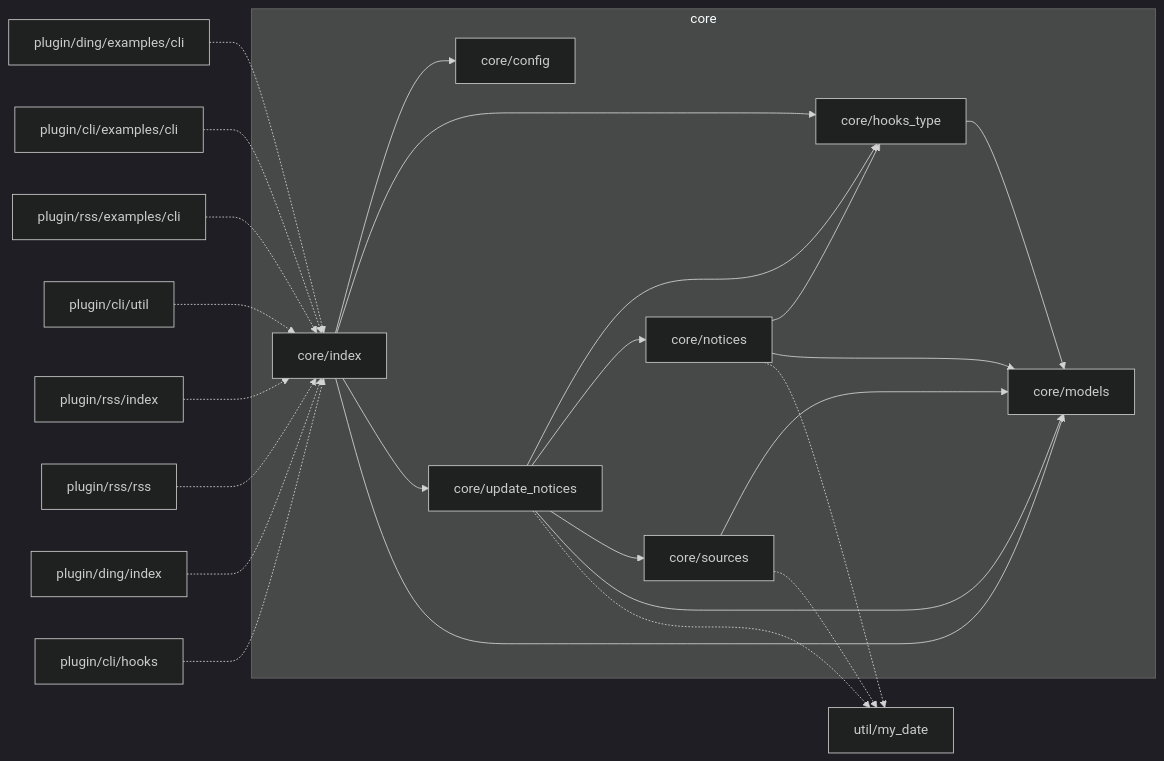
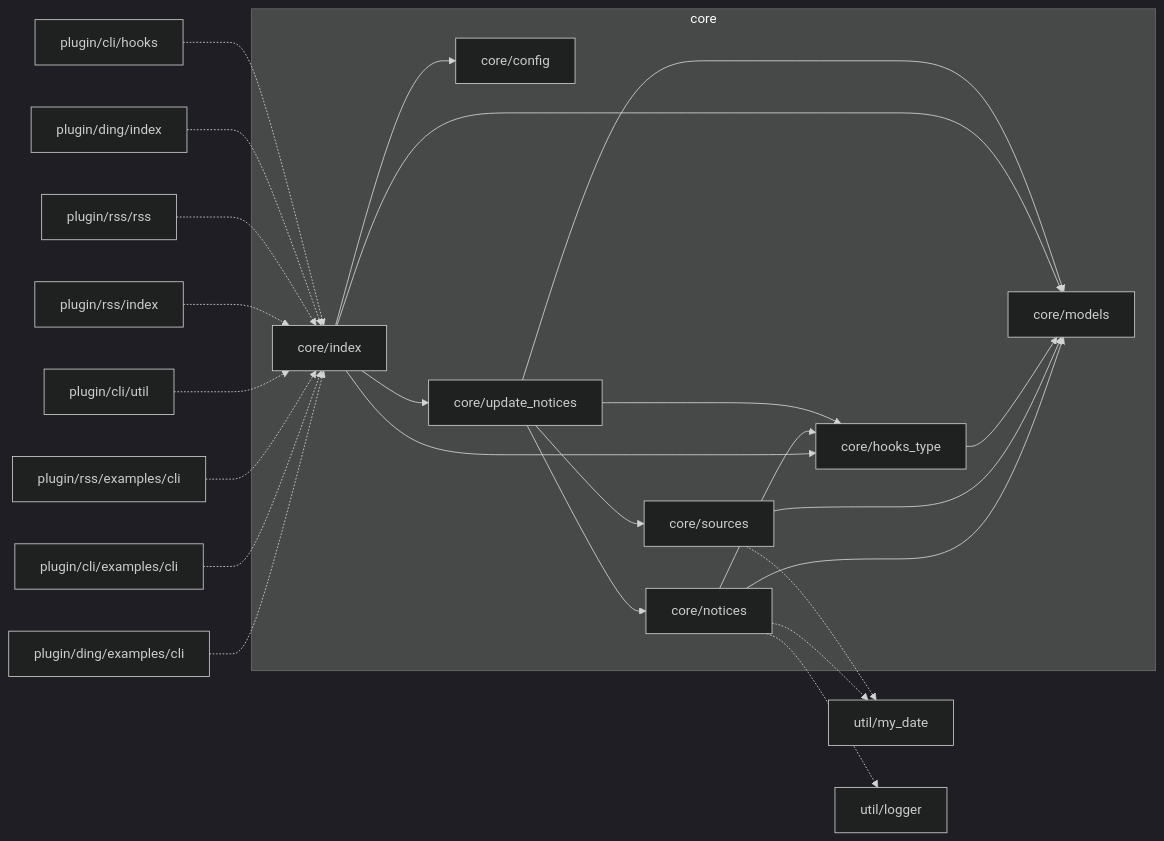
Before and after one commit to YDX-2147483647/bulletin-issues-transferred: the second of 4 diagrams in documentation.md, drawn with Mermaid (dark theme). The commit also changed other lines of this file and 7 other files, not shown here.

````diff
--- a/documentation.md
+++ b/documentation.md
@@ -64,28 +66,28 @@
 ```mermaid
 flowchart LR
   subgraph core
     core/index --> core/config
     core/index --> core/hooks_type
     core/notices --> core/hooks_type
     core/update_notices --> core/hooks_type
     core/notices --> core/models
     core/index --> core/update_notices
     core/update_notices --> core/notices
     core/sources --> core/models
     core/update_notices --> core/sources
     core/hooks_type --> core/models
     core/index --> core/models
     core/update_notices --> core/models
   end
   core/notices -.-> util/my_date
   core/sources -.-> util/my_date
-  core/update_notices -.-> util/my_date
+  core/notices -.-> util/logger
   plugin/ding/examples/cli -.-> core/index
   plugin/cli/examples/cli -.-> core/index
   plugin/rss/examples/cli -.-> core/index
   plugin/cli/util -.-> core/index
   plugin/rss/index -.-> core/index
   plugin/rss/rss -.-> core/index
   plugin/ding/index -.-> core/index
   plugin/cli/hooks -.-> core/index
 ```
````
